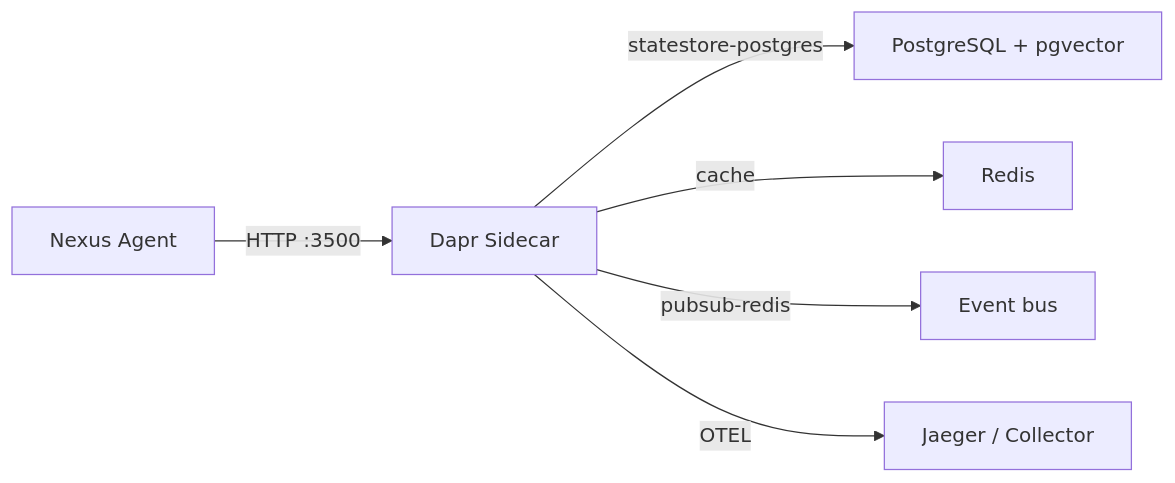
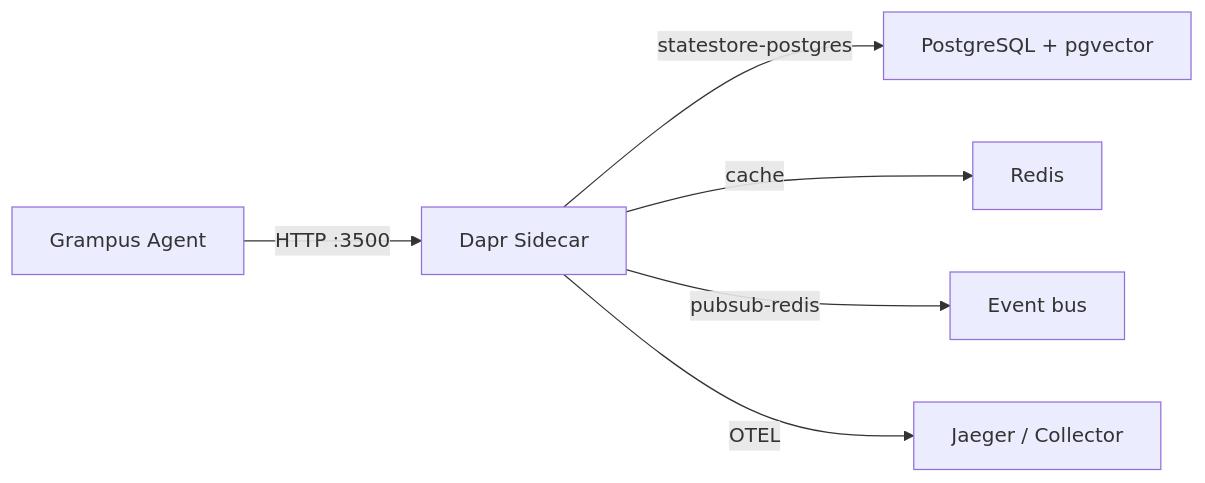
Before and after one commit to alireza1989/grampus: the sixth of 6 diagrams in docs/getting-started/concepts.md, drawn with Mermaid. The commit also changed other lines of this file and 56 other files, not shown here.

First line of the commit message:
refactor(docs): rename nexus → grampus — documentation and final validation (4/4)

````diff
--- a/docs/getting-started/concepts.md
+++ b/docs/getting-started/concepts.md
@@ -161,8 +161,8 @@
 ```mermaid
 graph LR
-    Agent["Nexus Agent"] -->|"HTTP :3500"| Dapr["Dapr Sidecar"]
+    Agent["Grampus Agent"] -->|"HTTP :3500"| Dapr["Dapr Sidecar"]
     Dapr -->|"statestore-postgres"| PG["PostgreSQL + pgvector"]
     Dapr -->|"cache"| Redis["Redis"]
     Dapr -->|"pubsub-redis"| Events["Event bus"]
     Dapr -->|"OTEL"| Jaeger["Jaeger / Collector"]
 ```
````
